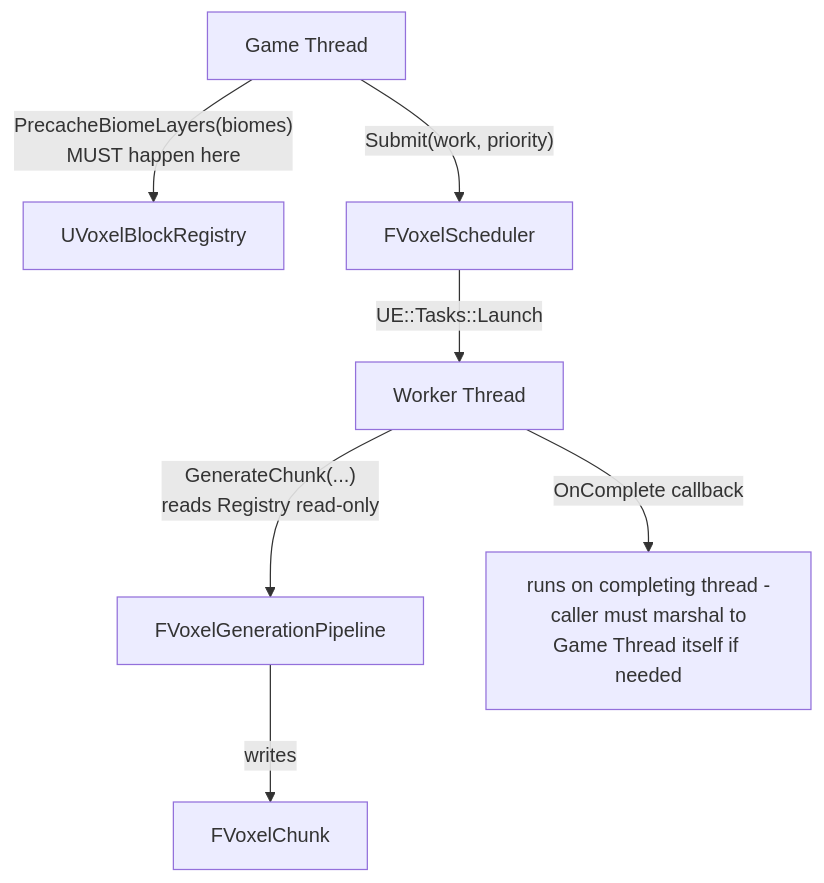
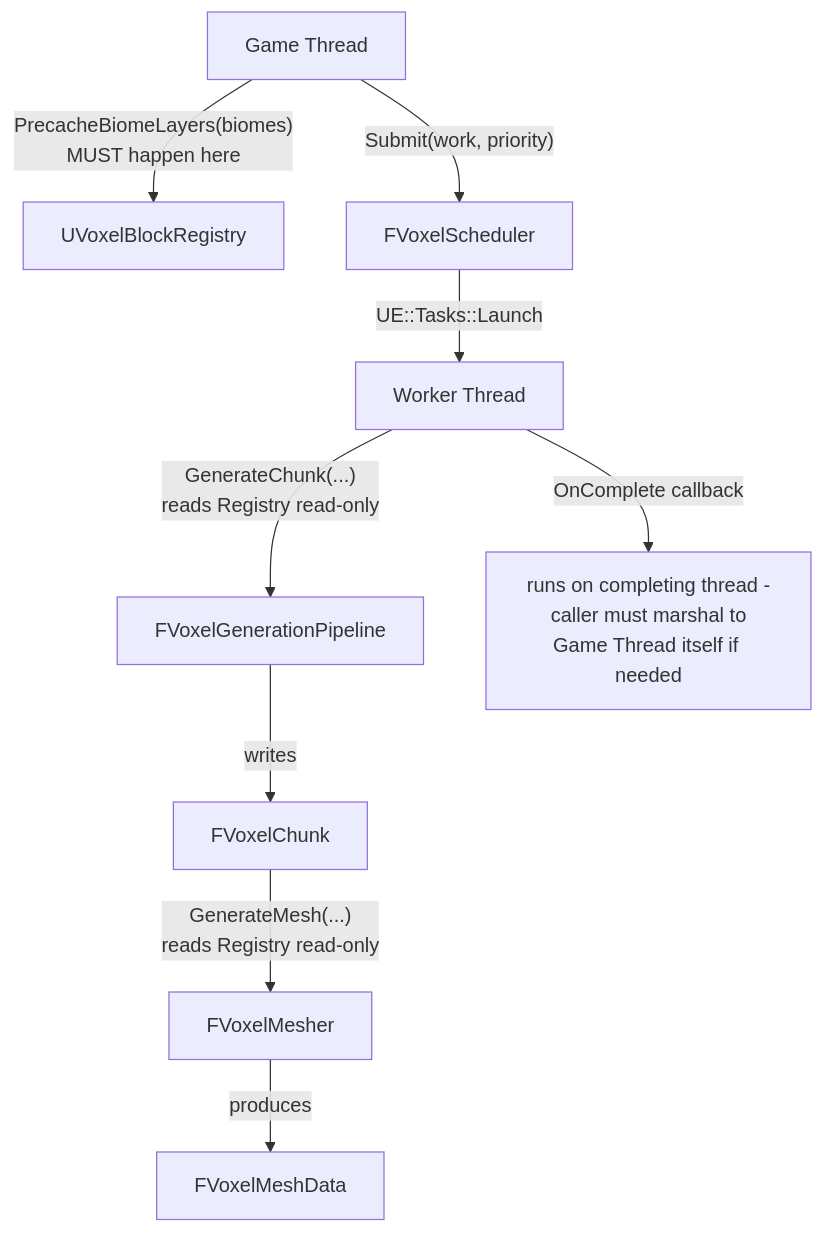
Before and after one commit to Jaiminsinh-Dodiya/VoxelFramework-UE5: the second of 3 diagrams in Docs/ARCHITECTURE.md, drawn with Mermaid. The commit also changed other lines of this file and 3 other files, not shown here.

````diff
--- a/Docs/ARCHITECTURE.md
+++ b/Docs/ARCHITECTURE.md
@@ -119,9 +132,11 @@
 ```mermaid
 graph TD
     GT["Game Thread"] -->|"PrecacheBiomeLayers(biomes)<br/>MUST happen here"| Registry["UVoxelBlockRegistry"]
     GT -->|"Submit(work, priority)"| Scheduler["FVoxelScheduler"]
     Scheduler -->|"UE::Tasks::Launch"| Worker["Worker Thread"]
     Worker -->|"GenerateChunk(...)<br/>reads Registry read-only"| Pipeline["FVoxelGenerationPipeline"]
     Pipeline -->|"writes"| Chunk["FVoxelChunk"]
+    Chunk -->|"GenerateMesh(...)<br/>reads Registry read-only"| Mesher["FVoxelMesher"]
+    Mesher -->|"produces"| MeshData["FVoxelMeshData"]
     Worker -->|"OnComplete callback"| Callback["runs on completing thread -<br/>caller must marshal to<br/>Game Thread itself if needed"]
 ```
````
